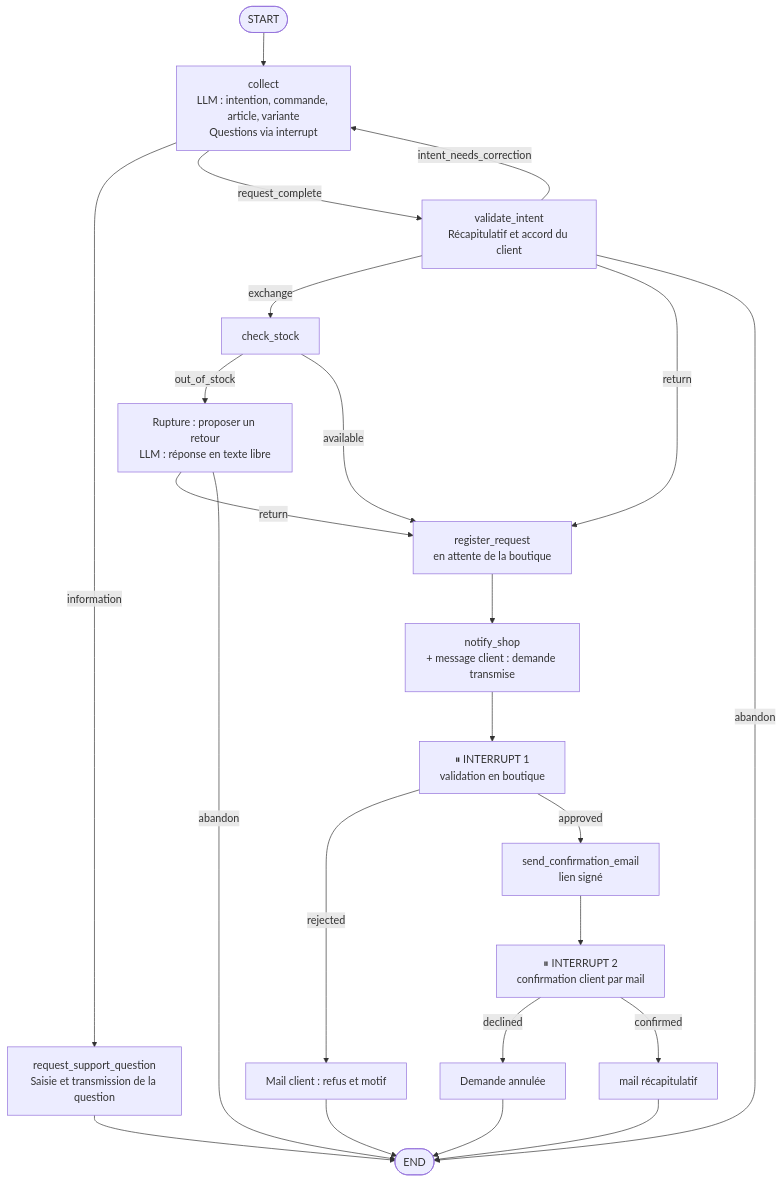
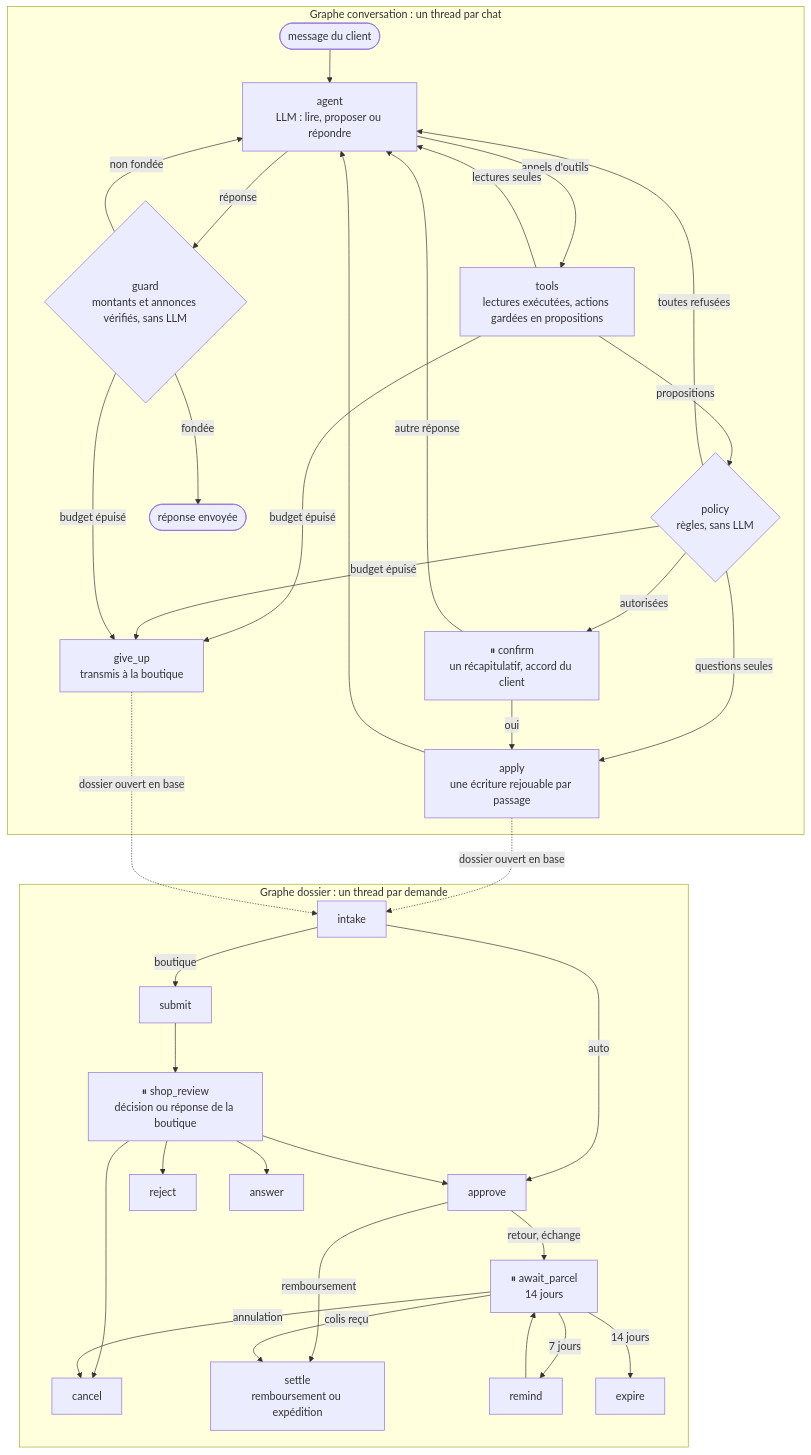
One commit to tangmomb/agent_sav changed the diagram in pipeline_ecommerce.mmd. Above: the diagram before and after it, drawn with Mermaid. The commit also changed 31 other files, not shown here.

```diff
--- a/pipeline_ecommerce.mmd
+++ b/pipeline_ecommerce.mmd
@@ -1,21 +1,31 @@
 flowchart TD
-    START([START]) --> collection["collect<br/>LLM : intention, commande, article, variante<br/>Questions via interrupt"]
-    collection -->|information| write_question["request_support_question<br/>Saisie et transmission de la question"]
-    write_question --> END
-    collection -->|request_complete| review["validate_intent<br/>Récapitulatif et accord du client"]
-    review -->|intent_needs_correction| collection
-    review -->|exchange| stock[check_stock]
-    review -->|return| register
-    review -->|abandon| END
-    stock -->|out_of_stock| offer["Rupture : proposer un retour<br/>LLM : réponse en texte libre"]
-    offer -->|return| register
-    offer -->|abandon| END
-    stock -->|available| register["register_request<br/>en attente de la boutique"]
-    register --> notify["notify_shop<br/>+ message client : demande transmise"]
-    notify --> shop_review["⏸ INTERRUPT 1<br/>validation en boutique"]
-    shop_review -->|rejected| reject["Mail client : refus et motif"]
-    shop_review -->|approved| email["send_confirmation_email<br/>lien signé"]
-    email --> customer_review["⏸ INTERRUPT 2<br/>confirmation client par mail"]
-    customer_review -->|declined| cancel["Demande annulée"]
-    customer_review -->|confirmed| summary["mail récapitulatif"]
-    reject & cancel & summary --> END([END])
+    subgraph conversation["Graphe conversation : un thread par chat"]
+        START([message du client]) --> agent["agent<br/>LLM : lire, proposer ou répondre"]
+        agent -->|appels d'outils| tools["tools<br/>lectures exécutées, actions gardées en propositions"]
+        tools -->|lectures seules| agent
+        tools -->|propositions| policy{"policy<br/>règles, sans LLM"}
+        policy -->|toutes refusées| agent
+        policy -->|autorisées| confirm["⏸ confirm<br/>un récapitulatif, accord du client"]
+        policy -->|questions seules| apply
+        confirm -->|oui| apply["apply<br/>une écriture rejouable par passage"]
+        confirm -->|autre réponse| agent
+        apply --> agent
+        agent -->|réponse| guard{"guard<br/>montants et annonces vérifiés, sans LLM"}
+        guard -->|fondée| ANSWER([réponse envoyée])
+        guard -->|non fondée| agent
+        tools & policy & guard -->|budget épuisé| give_up["give_up<br/>transmis à la boutique"]
+    end
+
+    apply & give_up -.->|dossier ouvert en base| intake
+
+    subgraph dossier["Graphe dossier : un thread par demande"]
+        intake -->|auto| approve
+        intake -->|boutique| submit --> shop_review["⏸ shop_review<br/>décision ou réponse de la boutique"]
+        shop_review --> approve & reject & answer & cancel
+        approve -->|remboursement| settle
+        approve -->|retour, échange| await_parcel["⏸ await_parcel<br/>14 jours"]
+        await_parcel -->|colis reçu| settle["settle<br/>remboursement ou expédition"]
+        await_parcel -->|7 jours| remind --> await_parcel
+        await_parcel -->|14 jours| expire
+        await_parcel -->|annulation| cancel
+    end
```
